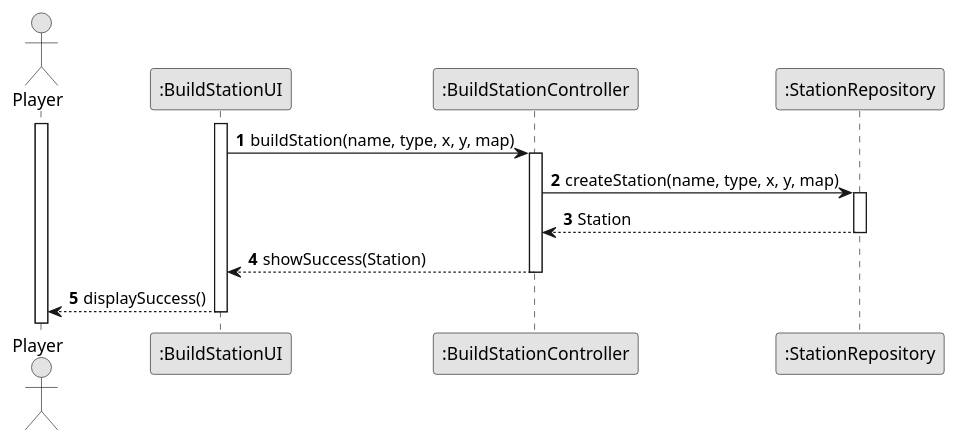
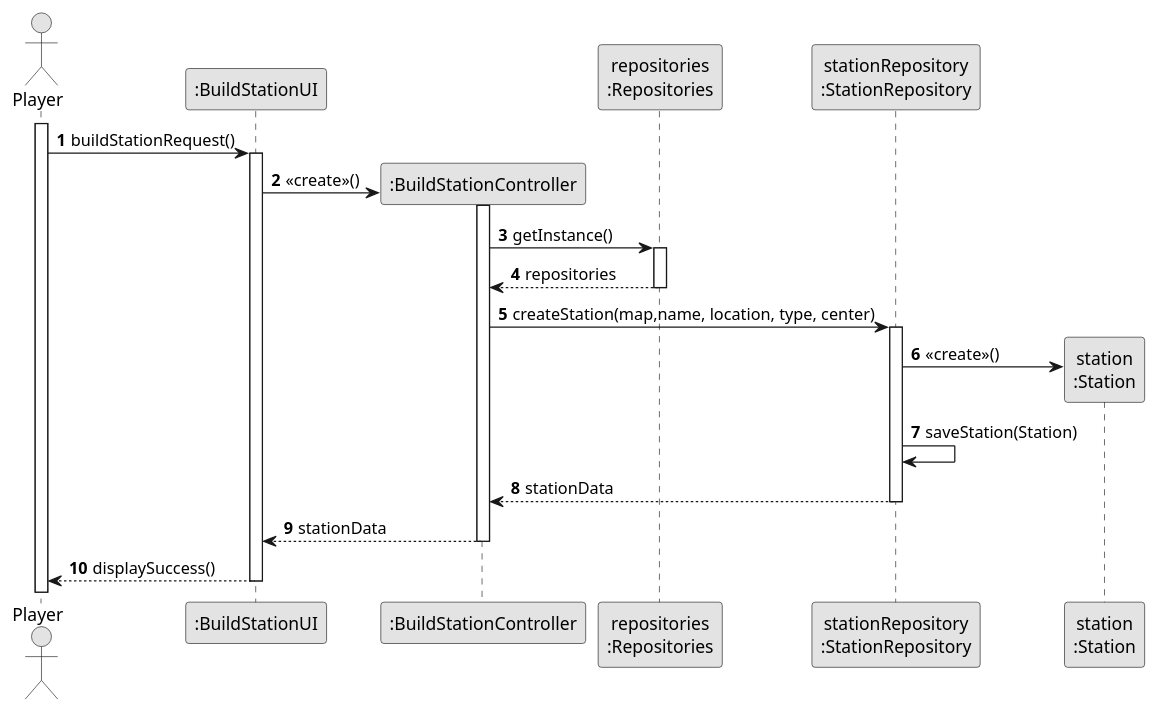
Before and after one commit to goncalolopesp/sem2-pi-24.25-g093-repo: the diagram in docs/system-documentation/US005/03.design/puml/US005-SD-createAndSuccess.puml, drawn with PlantUML. The commit also changed 7 other files, not shown here.

```diff
--- a/docs/system-documentation/US005/03.design/puml/US005-SD-createAndSuccess.puml
+++ b/docs/system-documentation/US005/03.design/puml/US005-SD-createAndSuccess.puml
@@ -1,27 +1,38 @@
 @startuml US005-SD-createAndSuccess
 skinparam monochrome true
 skinparam packageStyle rectangle
 skinparam shadowing false
+
 autonumber
 
 actor "Player" as Player
 participant ":BuildStationUI" as BuildUI
-participant ":BuildStationController" as BuildController
-participant ":StationRepository" as StationRepo
+
 activate Player
+Player -> BuildUI : buildStationRequest()
 activate BuildUI
+create ":BuildStationController" as BuildController
+BuildUI -> BuildController : «create»()
+activate BuildController
+participant "repositories\n:Repositories" as Repositories
+participant "stationRepository\n:StationRepository" as StationRepo
 
-BuildUI -> BuildController: buildStation(name, type, x, y, map)
-activate BuildController
+BuildController -> Repositories : getInstance()
+activate Repositories
+Repositories --> BuildController : repositories
+deactivate Repositories
+BuildController -> StationRepo : createStation(map,name, location, type, center)
+activate StationRepo
 
-BuildController -> StationRepo: createStation(name, type, x, y, map)
-activate StationRepo
-StationRepo --> BuildController: Station
+create "station\n:Station" as Station
+StationRepo -> Station         : «create»()
+StationRepo -> StationRepo     : saveStation(Station)
+StationRepo --> BuildController : stationData
 deactivate StationRepo
 
-BuildController --> BuildUI: showSuccess(Station)
+BuildController --> BuildUI : stationData
 deactivate BuildController
 
-BuildUI --> Player: displaySuccess()
+BuildUI --> Player : displaySuccess()
 deactivate BuildUI
 @enduml
```
